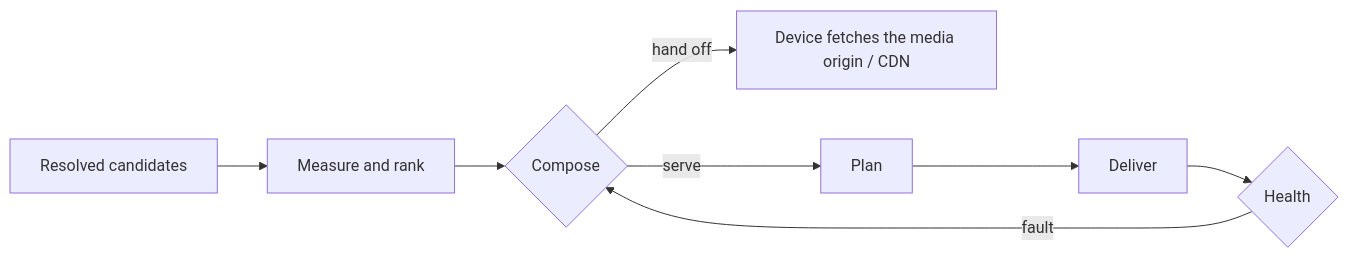
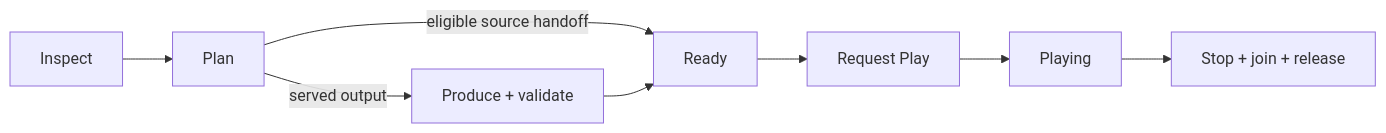
The third of 3 diagrams in ARCHITECTURE.md (DonchoMinkov/castor), drawn with Mermaid before and after one commit. The commit also changed other lines of this file, not shown here.

Commit message:
docs: condense architecture and show cooperating state machines

````diff
--- a/ARCHITECTURE.md
+++ b/ARCHITECTURE.md
@@ -81,7 +55,8 @@
 ```mermaid
 flowchart LR
-    candidates[Resolved candidates] --> rank[Measure and rank] --> compose{Compose}
-    compose -- hand off --> fetch[Device fetches the media origin / CDN]
-    compose -- serve --> plan[Plan] --> deliver[Deliver] --> health{Health}
-    health -- fault --> compose
+    inspect[Inspect] --> plan[Plan]
+    plan -- served output --> produce[Produce + validate]
+    plan -- eligible source handoff --> ready[Ready]
+    produce --> ready
+    ready --> play[Request Play] --> playing[Playing] --> cleanup[Stop + join + release]
 ```
````
